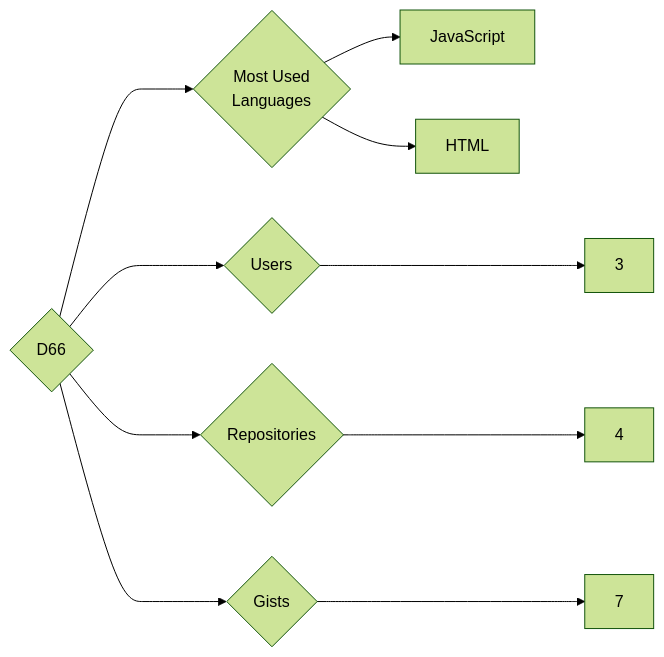
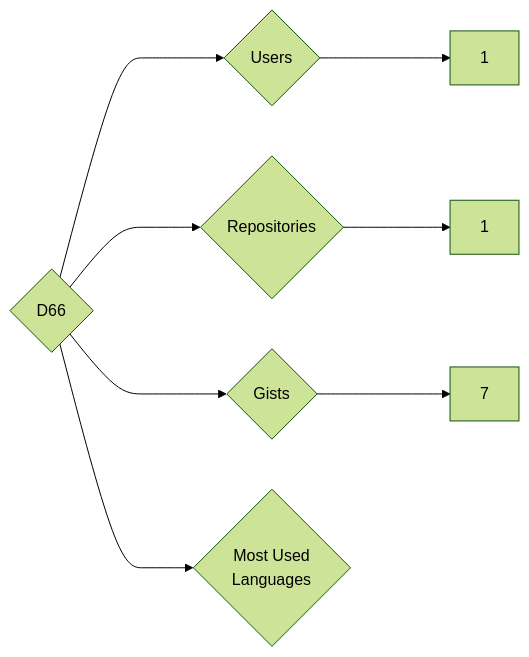
The diagram in targets/D66/README.md (trickest/insiders), drawn with Mermaid (forest theme) before and after one commit. The commit also changed 1314 other files, not shown here.

````diff
--- a/targets/D66/README.md
+++ b/targets/D66/README.md
@@ -3,10 +3,8 @@
 ```mermaid
 graph LR
 COMPANY_NAME{D66}
-COMPANY_NAME ---> U{Users} ---> UN[3]
-COMPANY_NAME ---> R{Repositories} ---> RN[4]
+COMPANY_NAME ---> U{Users} ---> UN[1]
+COMPANY_NAME ---> R{Repositories} ---> RN[1]
 COMPANY_NAME ---> G{Gists} ---> GN[7]
 COMPANY_NAME ---> ML{Most Used<br>Languages}
-ML --> JavaScript[JavaScript]
-ML --> HTML[HTML]
 ```
````
